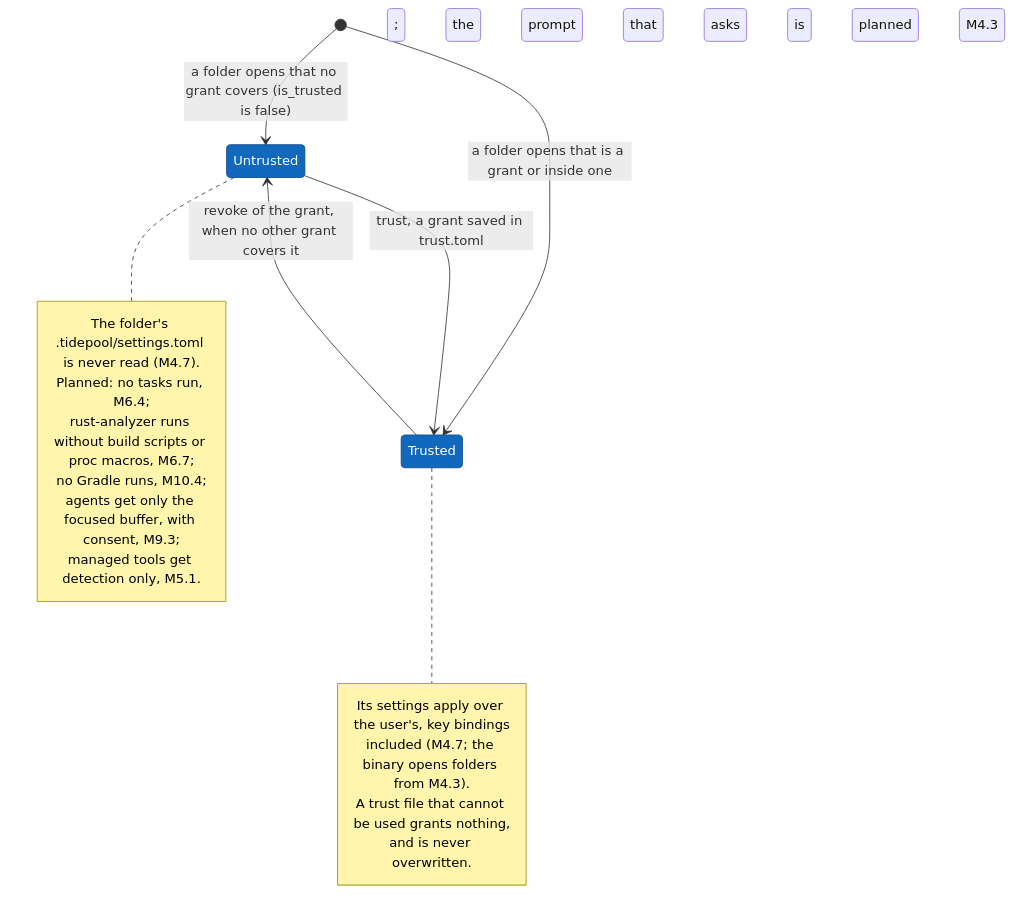
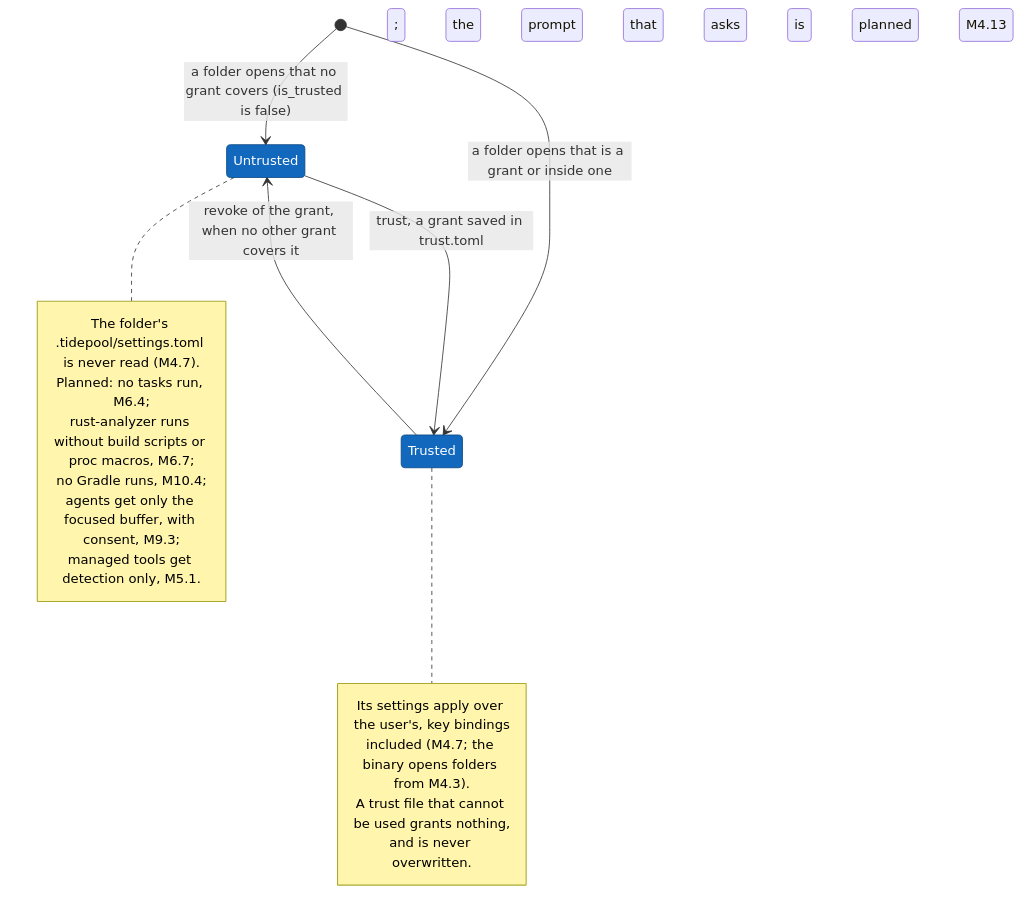
One commit to jabbott-iii/Tidepool changed diagram 12 of 19 in diagrams/data-flow-and-state.md. Above: the diagram before and after it, drawn with Mermaid. The commit also changed other lines of this file and 30 other files, not shown here.

````diff
--- a/diagrams/data-flow-and-state.md
+++ b/diagrams/data-flow-and-state.md
@@ -672,28 +677,28 @@
 ```mermaid
 stateDiagram-v2
     state "Untrusted" as untrusted
     state "Trusted" as trusted
 
     [*] --> untrusted: a folder opens that no grant covers (is_trusted is false)
     [*] --> trusted: a folder opens that is a grant or inside one
-    untrusted --> trusted: trust, a grant saved in trust.toml; the prompt that asks is planned M4.3
+    untrusted --> trusted: trust, a grant saved in trust.toml; the prompt that asks is planned M4.13
     trusted --> untrusted: revoke of the grant, when no other grant covers it
 
     note right of untrusted
         The folder's .tidepool/settings.toml is never read (M4.7).
         Planned: no tasks run, M6.4;
         rust-analyzer runs without build scripts or proc macros, M6.7;
         no Gradle runs, M10.4;
         agents get only the focused buffer, with consent, M9.3;
         managed tools get detection only, M5.1.
     end note
     note right of trusted
         Its settings apply over the user's, key bindings
         included (M4.7; the binary opens folders from M4.3).
         A trust file that cannot be used grants nothing,
         and is never overwritten.
     end note
 
     classDef built fill:#1168bd,stroke:#0b4884,color:#ffffff
     class untrusted, trusted built
 ```
````
